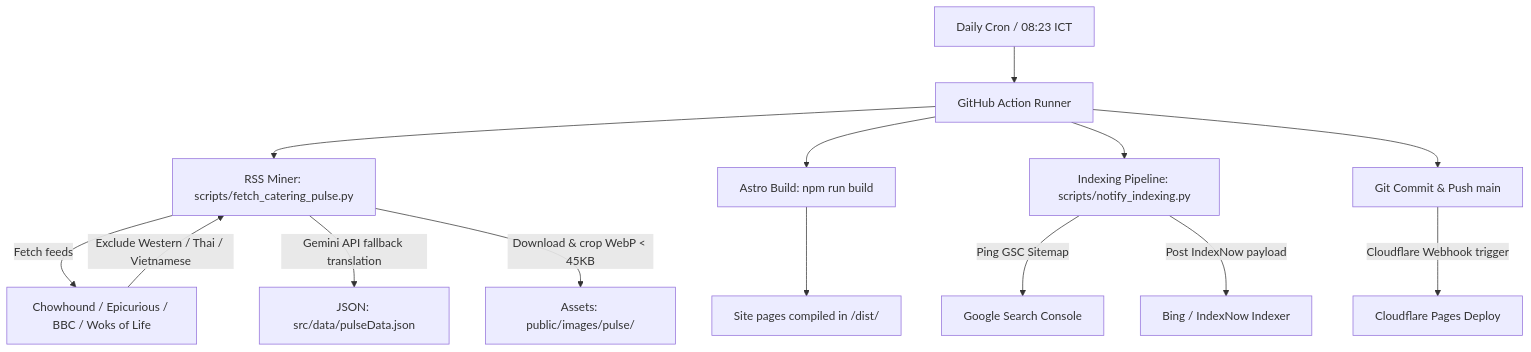
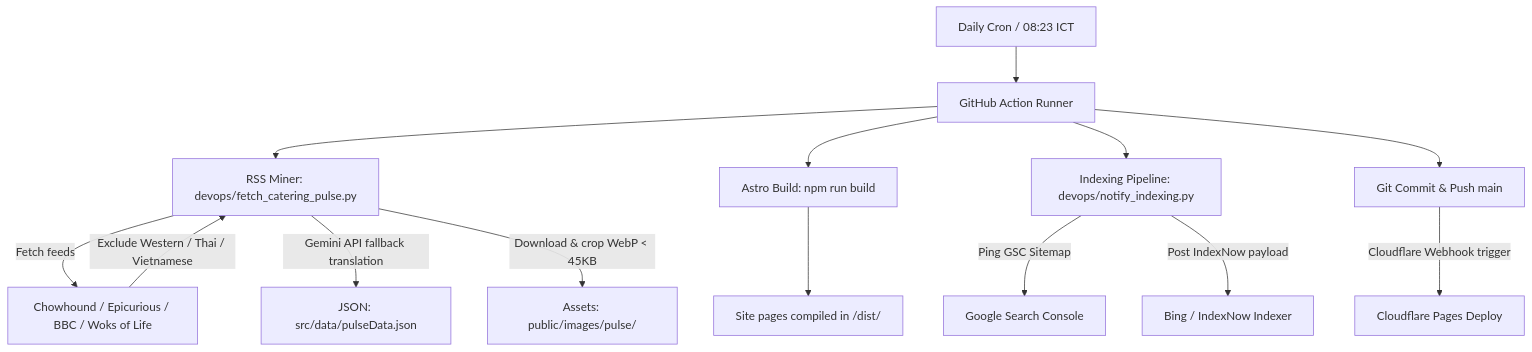
One commit to chengkoungmeng-hue/CKM changed the diagram in Docs/Architecture/Worklogs/2026-08-09_catering_pulse_autopilot_spec.md. Above: the diagram before and after it, drawn with Mermaid. The commit also changed other lines of this file and 48 other files, not shown here.

First line of the commit message:
refactor(devops): move tooling from scripts/ to devops/ and reinstate ckm-seo skill

````diff
--- a/Docs/Architecture/Worklogs/2026-08-09_catering_pulse_autopilot_spec.md
+++ b/Docs/Architecture/Worklogs/2026-08-09_catering_pulse_autopilot_spec.md
@@ -9,16 +9,16 @@
 ```mermaid
 graph TD
     A[Daily Cron / 08:23 ICT] --> B[GitHub Action Runner]
-    B --> C[RSS Miner: scripts/fetch_catering_pulse.py]
+    B --> C[RSS Miner: devops/fetch_catering_pulse.py]
     C -->|Fetch feeds| D[Chowhound / Epicurious / BBC / Woks of Life]
     D -->|Exclude Western / Thai / Vietnamese| C
     C -->|Gemini API fallback translation| E[JSON: src/data/pulseData.json]
     C -->|Download & crop WebP < 45KB| F[Assets: public/images/pulse/]
     B --> G[Astro Build: npm run build]
     G --> H[Site pages compiled in /dist/]
-    B --> I[Indexing Pipeline: scripts/notify_indexing.py]
+    B --> I[Indexing Pipeline: devops/notify_indexing.py]
     I -->|Ping GSC Sitemap| J[Google Search Console]
     I -->|Post IndexNow payload| K[Bing / IndexNow Indexer]
     B --> L[Git Commit & Push main]
     L -->|Cloudflare Webhook trigger| M[Cloudflare Pages Deploy]
 ```
````
